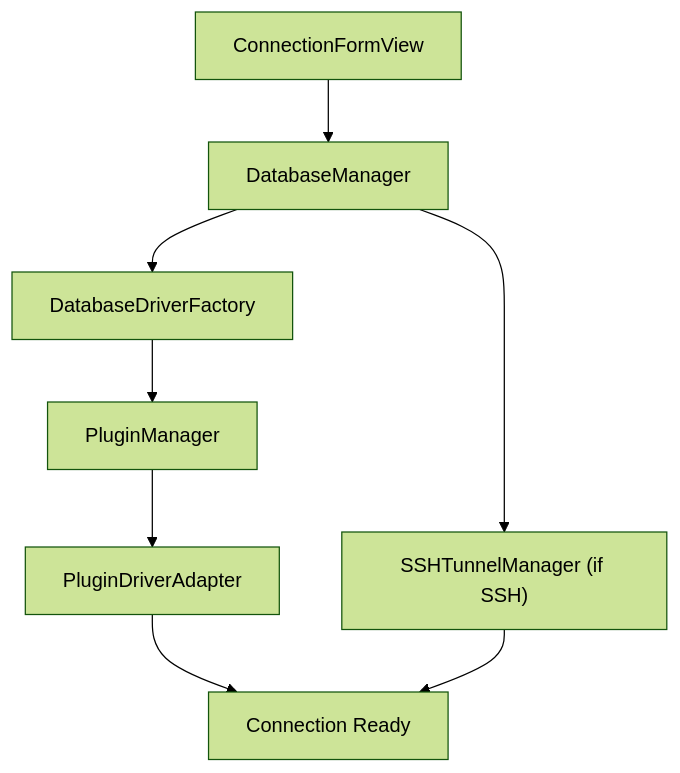
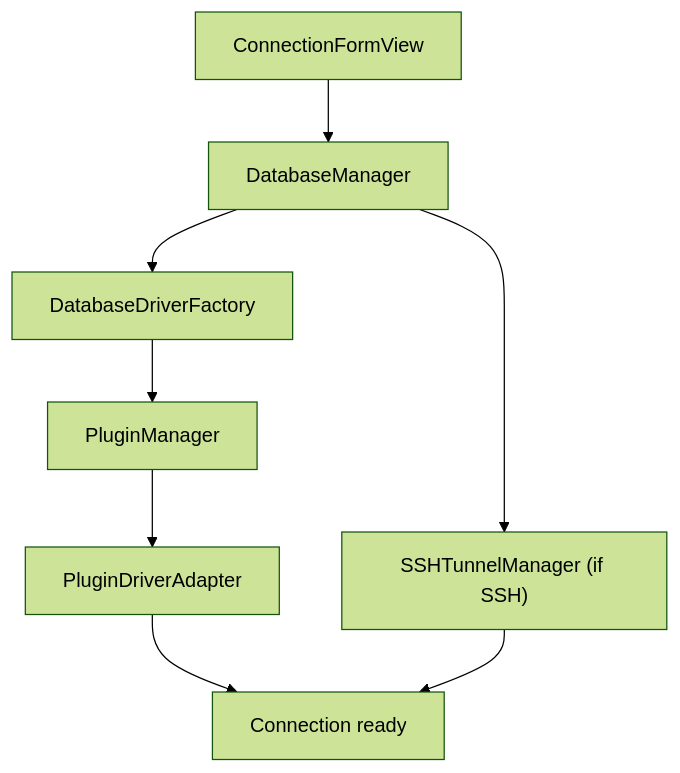
The diagram in development/architecture.mdx (J2TeamNNL/tablepro-docs), drawn with Mermaid (forest theme) before and after one commit. The commit also changed other lines of this file and 155 other files, not shown here.

````diff
--- a/development/architecture.mdx
+++ b/development/architecture.mdx
@@ -191,10 +82,10 @@
 ```mermaid
 flowchart TD
     UI["ConnectionFormView"] --> DM["DatabaseManager"]
     DM --> SSH["SSHTunnelManager (if SSH)"]
     DM --> Factory["DatabaseDriverFactory"]
     Factory --> PM["PluginManager"]
     PM --> Adapter["PluginDriverAdapter"]
-    Adapter --> Connected["Connection Ready"]
+    Adapter --> Connected["Connection ready"]
     SSH --> Connected
 ```
````
